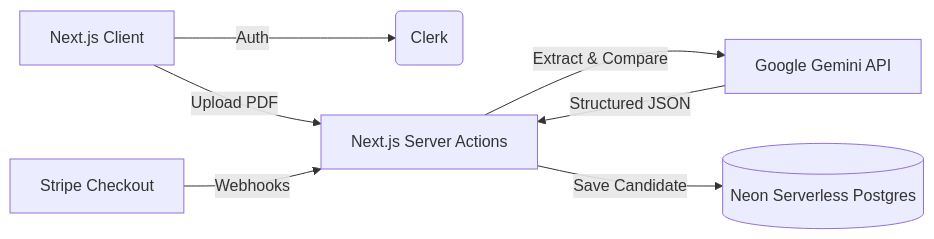
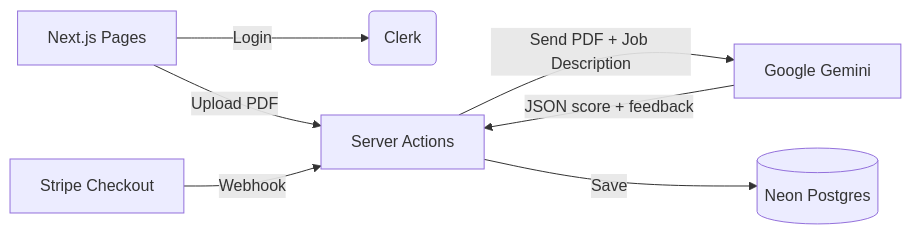
The diagram in README.md (Saksham2410del/HireSense-AI-Applicant-Tracking-System), drawn with Mermaid before and after one commit. The commit also changed other lines of this file and 47 other files, not shown here.

````diff
--- a/README.md
+++ b/README.md
@@ -7,9 +9,9 @@
 ```mermaid
 graph LR
-    A[Next.js Client] -->|Auth| B(Clerk)
-    A -->|Upload PDF| C[Next.js Server Actions]
-    C -->|Extract & Compare| D[Google Gemini API]
-    D -->|Structured JSON| C
-    C -->|Save Candidate| E[(Neon Serverless Postgres)]
-    F[Stripe Checkout] -->|Webhooks| C
+    A[Next.js Pages] -->|Login| B(Clerk)
+    A -->|Upload PDF| C[Server Actions]
+    C -->|Send PDF + Job Description| D[Google Gemini]
+    D -->|JSON score + feedback| C
+    C -->|Save| E[(Neon Postgres)]
+    F[Stripe Checkout] -->|Webhook| C
 ```
````
